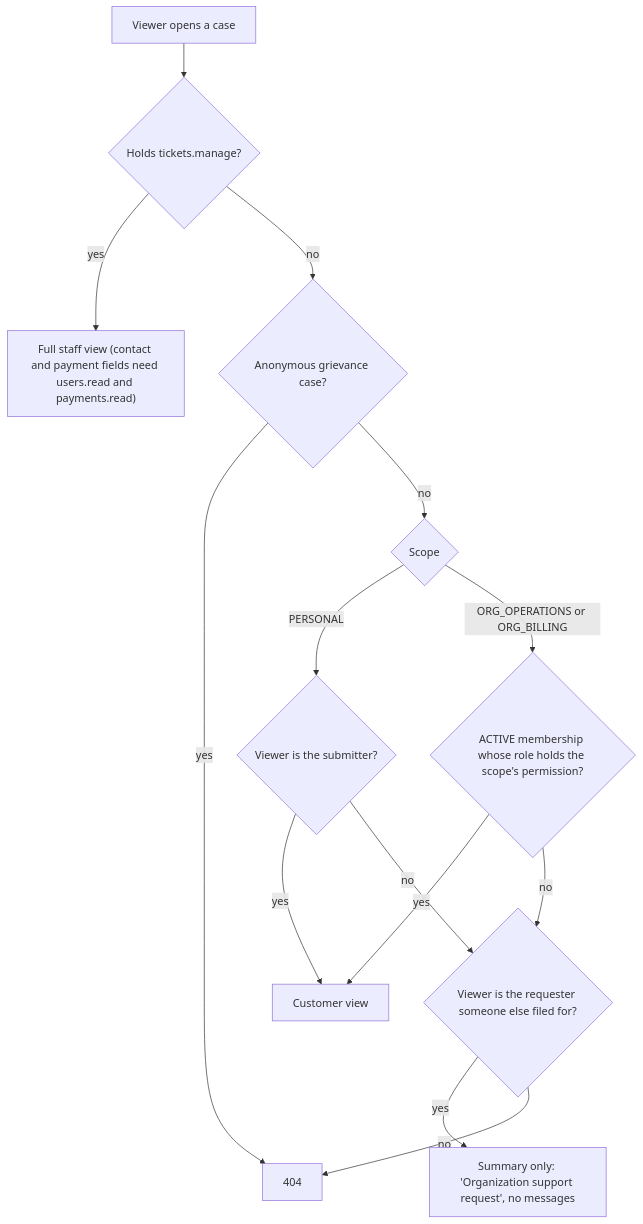
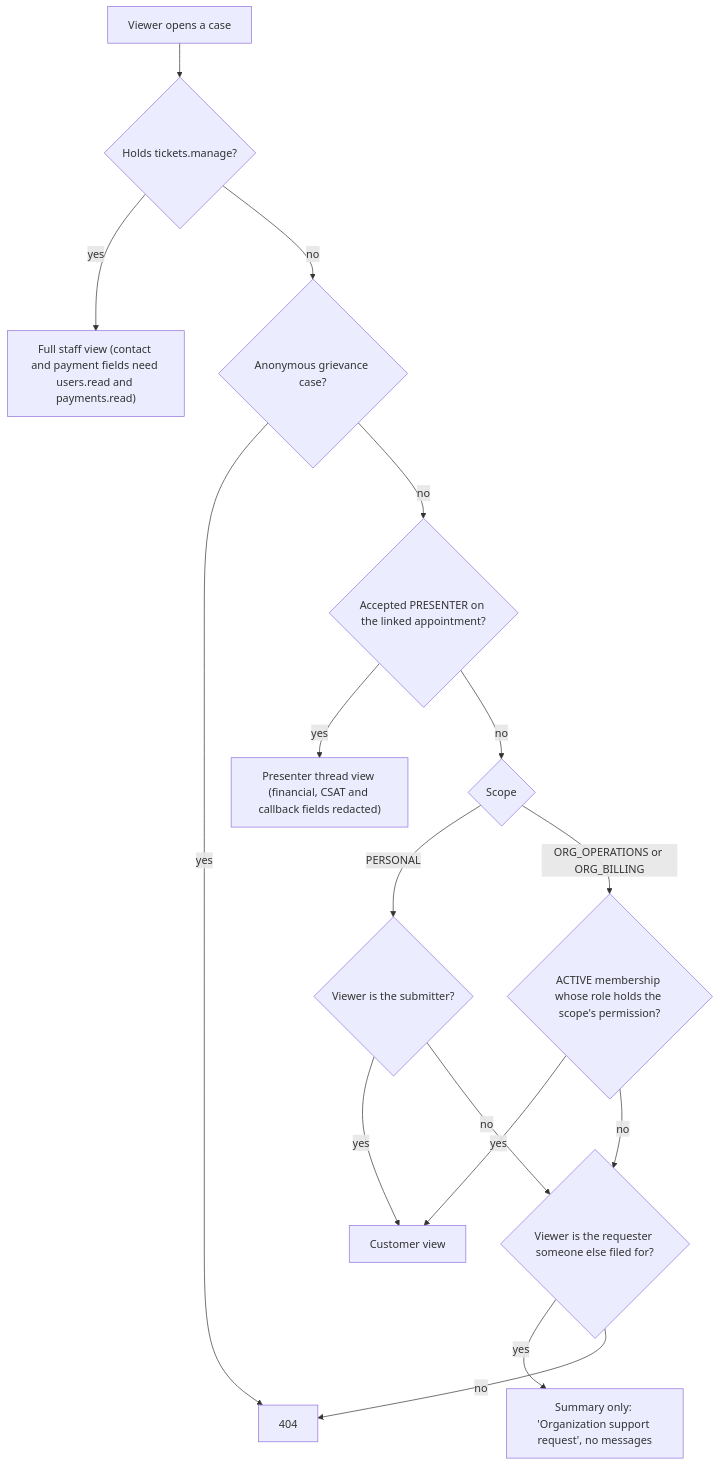
One commit to Practitionist/familiarise_web changed the diagram in docs/support/09-org-scopes-and-visibility.md. Above: the diagram before and after it, drawn with Mermaid. The commit also changed other lines of this file and 18 other files, not shown here.

````diff
--- a/docs/support/09-org-scopes-and-visibility.md
+++ b/docs/support/09-org-scopes-and-visibility.md
@@ -26,16 +28,18 @@
 ```mermaid
 flowchart TD
     V["Viewer opens a case"] --> S{"Holds tickets.manage?"}
     S -- yes --> Full["Full staff view (contact and payment fields need users.read and payments.read)"]
     S -- no --> X{"Anonymous grievance case?"}
     X -- yes --> NF["404"]
-    X -- no --> P{"Scope"}
+    X -- no --> Pr{"Accepted PRESENTER on the linked appointment?"}
+    Pr -- yes --> Cust["Presenter thread view (financial, CSAT and callback fields redacted)"]
+    Pr -- no --> P{"Scope"}
     P -- PERSONAL --> Sub{"Viewer is the submitter?"}
-    Sub -- yes --> Cust["Customer view"]
+    Sub -- yes --> Cust2["Customer view"]
     P -- "ORG_OPERATIONS or ORG_BILLING" --> G{"ACTIVE membership whose role holds the scope's permission?"}
-    G -- yes --> Cust
+    G -- yes --> Cust2
     Sub -- no --> Req{"Viewer is the requester someone else filed for?"}
     G -- no --> Req
     Req -- yes --> Sum["Summary only: 'Organization support request', no messages"]
     Req -- no --> NF
 ```
````
